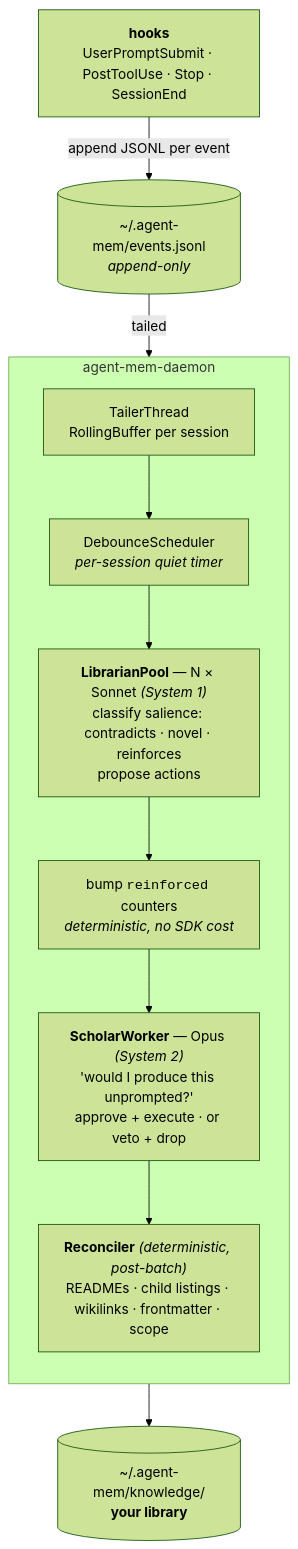
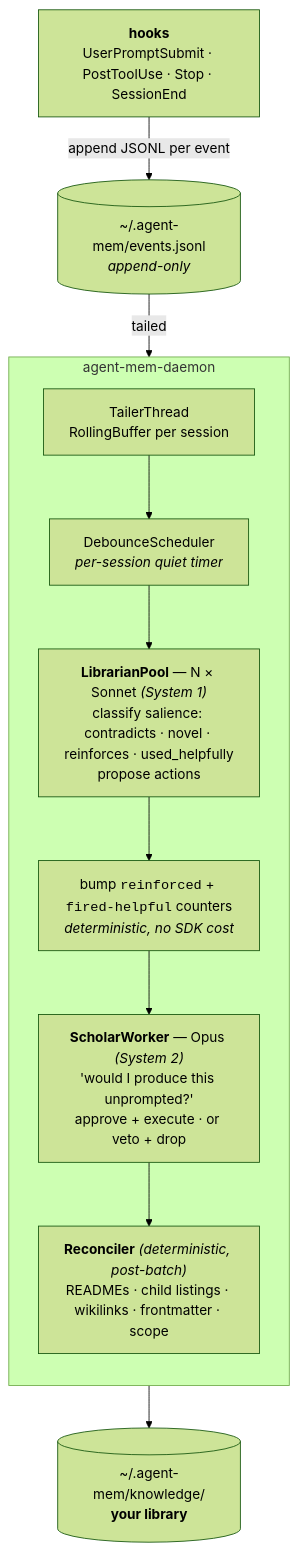
Before and after one commit to nickroci/ultan: the diagram in README.md, drawn with Mermaid (forest theme). The commit also changed other lines of this file, not shown here.

First line of the commit message:
docs(readme): document used_helpful/fired-helpful capture

````diff
--- a/README.md
+++ b/README.md
@@ -191,23 +192,23 @@
 ```mermaid
 flowchart TD
     Hooks["<b>hooks</b><br/>UserPromptSubmit · PostToolUse · Stop · SessionEnd"]
     Events[("~/.agent-mem/events.jsonl<br/><i>append-only</i>")]
     Library[("~/.agent-mem/knowledge/<br/><b>your library</b>")]
 
     Hooks -->|append JSONL per event| Events
 
     subgraph Daemon["agent-mem-daemon"]
         direction TB
         Tailer["TailerThread<br/>RollingBuffer per session"]
         Debounce["DebounceScheduler<br/><i>per-session quiet timer</i>"]
-        Librarian["<b>LibrarianPool</b> — N × Sonnet <i>(System 1)</i><br/>classify salience: contradicts · novel · reinforces<br/>propose actions"]
-        Reinforce["bump <code>reinforced</code> counters<br/><i>deterministic, no SDK cost</i>"]
+        Librarian["<b>LibrarianPool</b> — N × Sonnet <i>(System 1)</i><br/>classify salience: contradicts · novel · reinforces · used_helpfully<br/>propose actions"]
+        Reinforce["bump <code>reinforced</code> + <code>fired-helpful</code> counters<br/><i>deterministic, no SDK cost</i>"]
         Scholar["<b>ScholarWorker</b> — Opus <i>(System 2)</i><br/>'would I produce this unprompted?'<br/>approve + execute · or veto + drop"]
         Reconciler["<b>Reconciler</b> <i>(deterministic, post-batch)</i><br/>READMEs · child listings · wikilinks · frontmatter · scope"]
 
         Tailer --> Debounce --> Librarian --> Reinforce --> Scholar --> Reconciler
     end
 
     Events -->|tailed| Tailer
     Reconciler --> Library
 ```
````
